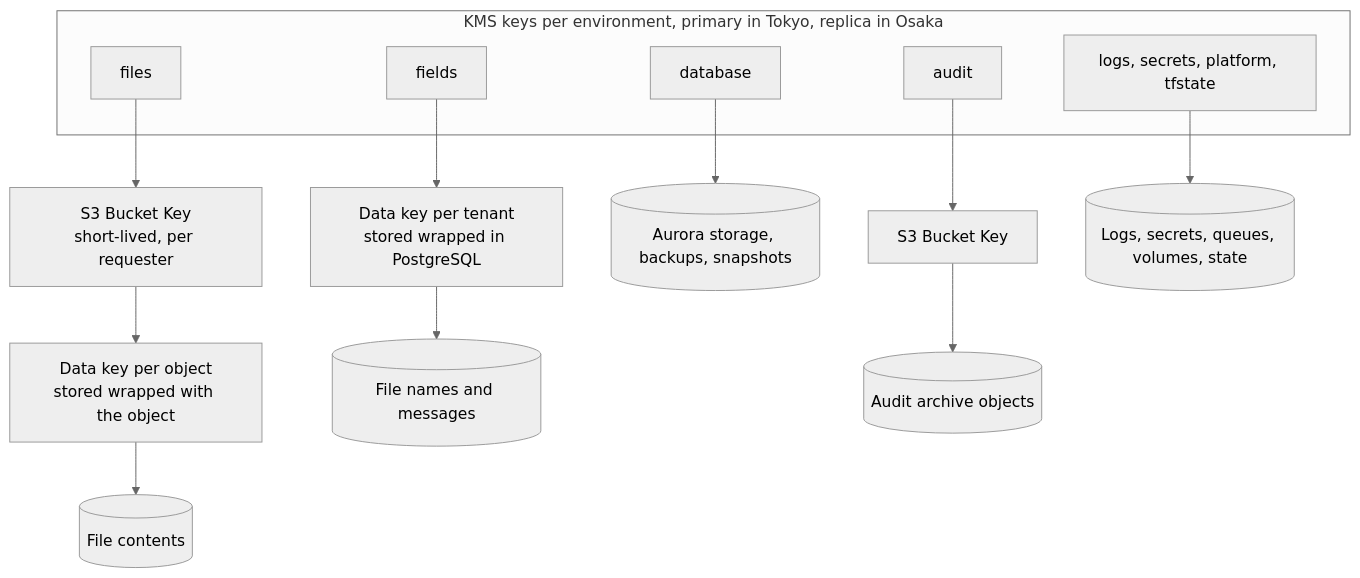
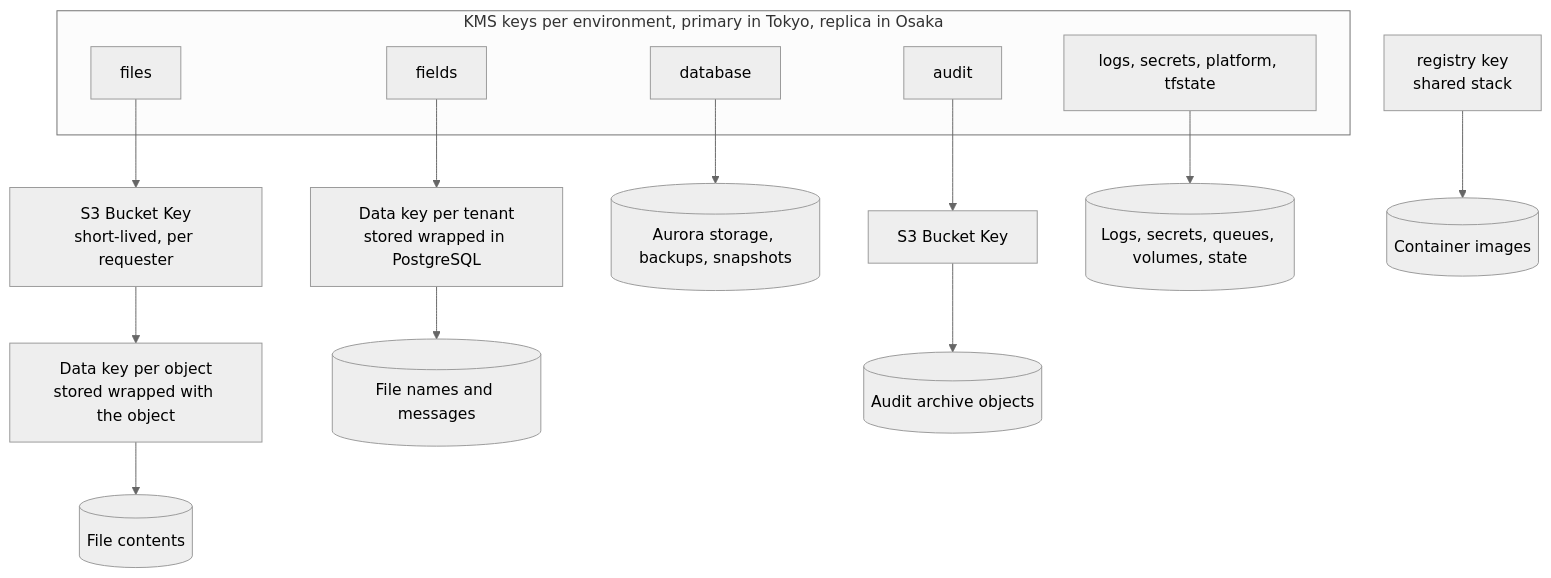
The diagram in docs/security/encryption-and-keys.md (codewithmuh/secure-file-transfer), drawn with Mermaid (neutral theme) before and after one commit. The commit also changed other lines of this file, not shown here.

Commit message:
docs: address code review on encryption and key management (#22)

````diff
--- a/docs/security/encryption-and-keys.md
+++ b/docs/security/encryption-and-keys.md
@@ -195,19 +205,21 @@
 ```mermaid
 flowchart TB
     subgraph kms["KMS keys per environment, primary in Tokyo, replica in Osaka"]
         kfiles["files"]
         kfields["fields"]
         kdb["database"]
         kaudit["audit"]
         kother["logs, secrets, platform, tfstate"]
     end
+    kreg["registry key<br/>shared stack"]
     kfiles --> bk["S3 Bucket Key<br/>short-lived, per requester"]
     bk --> odk["Data key per object<br/>stored wrapped with the object"]
     odk --> files[("File contents")]
     kfields --> dek["Data key per tenant<br/>stored wrapped in PostgreSQL"]
     dek --> fv[("File names and messages")]
     kdb --> aurora[("Aurora storage, backups, snapshots")]
     kaudit --> abk["S3 Bucket Key"]
     abk --> arch[("Audit archive objects")]
     kother --> svc[("Logs, secrets, queues, volumes, state")]
+    kreg --> img[("Container images")]
 ```
````
